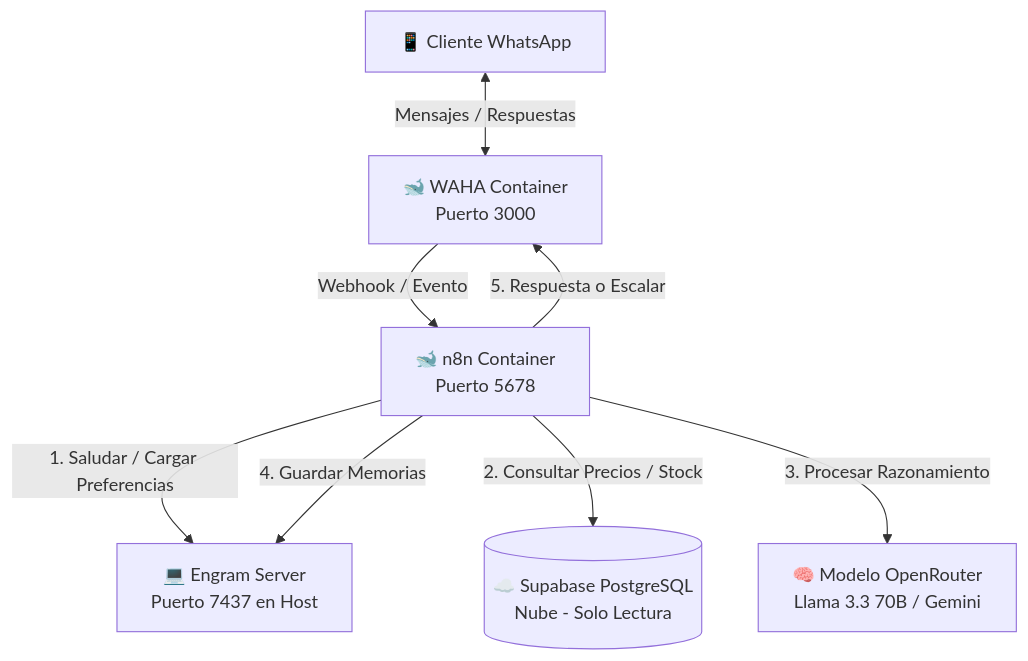
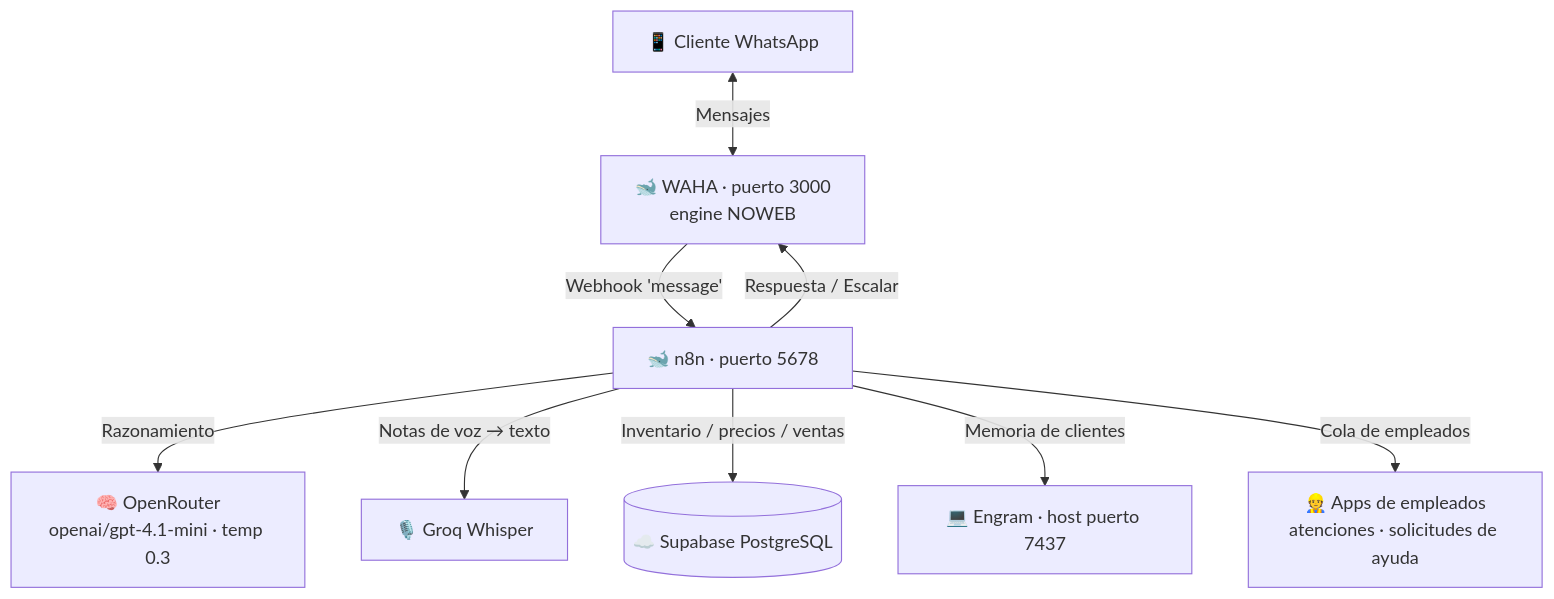
The diagram in README.md (Gus2708/whatsapp-agent), drawn with Mermaid before and after one commit. The commit also changed other lines of this file and 19 other files, not shown here.

````diff
--- a/README.md
+++ b/README.md
@@ -18,10 +18,11 @@
 ```mermaid
 graph TD
-    Client[📱 Cliente WhatsApp] <-->|Mensajes / Respuestas| WAHA[🐋 WAHA Container<br>Puerto 3000]
-    WAHA -->|Webhook / Evento| N8N[🐋 n8n Container<br>Puerto 5678]
-    N8N -->|1. Saludar / Cargar Preferencias| Engram[💻 Engram Server<br>Puerto 7437 en Host]
-    N8N -->|2. Consultar Precios / Stock| Supabase[(☁️ Supabase PostgreSQL<br>Nube - Solo Lectura)]
-    N8N -->|3. Procesar Razonamiento| Model[🧠 Modelo OpenRouter<br>Llama 3.3 70B / Gemini]
-    N8N -->|4. Guardar Memorias| Engram
-    N8N -->|5. Respuesta o Escalar| WAHA
+    Client[📱 Cliente WhatsApp] <-->|Mensajes| WAHA[🐋 WAHA · puerto 3000<br/>engine NOWEB]
+    WAHA -->|Webhook 'message'| N8N[🐋 n8n · puerto 5678]
+    N8N -->|Razonamiento| Model[🧠 OpenRouter<br/>openai/gpt-4.1-mini · temp 0.3]
+    N8N -->|Notas de voz → texto| Groq[🎙️ Groq Whisper]
+    N8N -->|Inventario / precios / ventas| Supabase[(☁️ Supabase PostgreSQL)]
+    N8N -->|Memoria de clientes| Engram[💻 Engram · host puerto 7437]
+    N8N -->|Respuesta / Escalar| WAHA
+    N8N -->|Cola de empleados| Apps[👷 Apps de empleados<br/>atenciones · solicitudes de ayuda]
 ```
````
